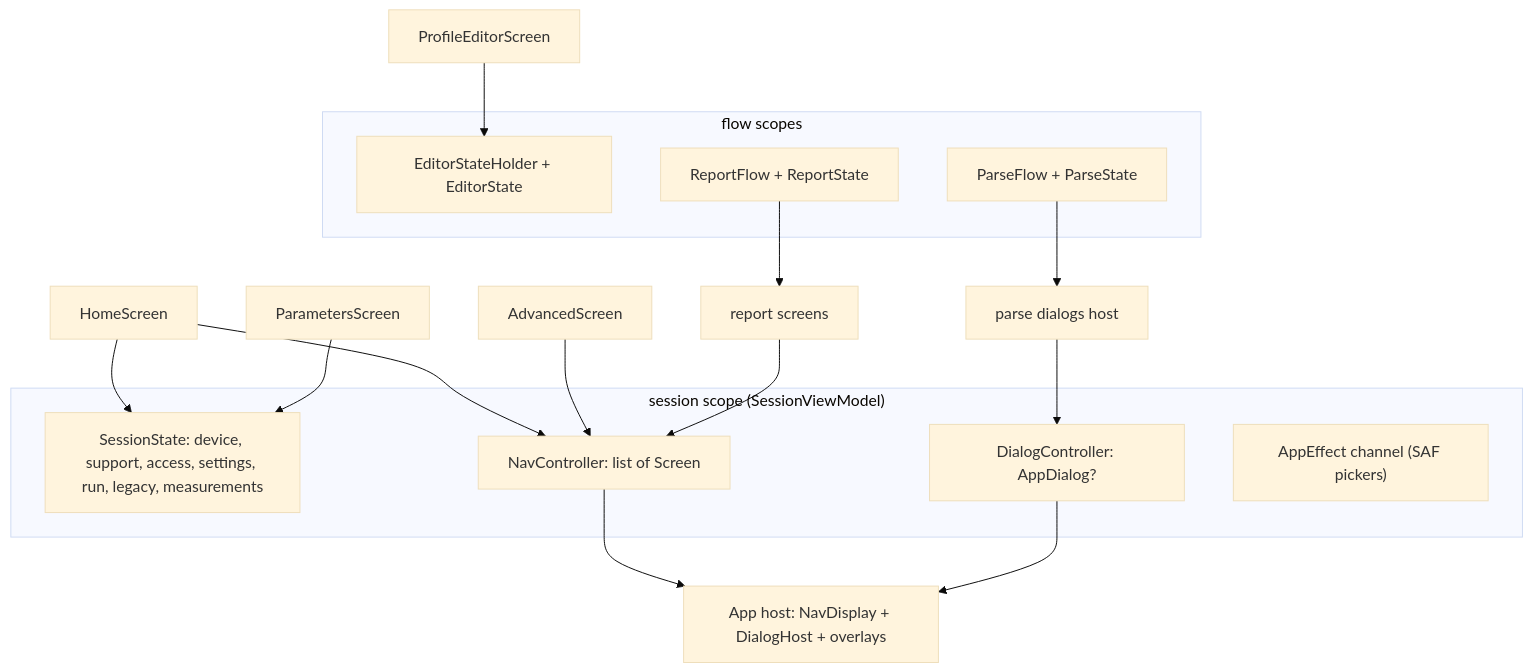
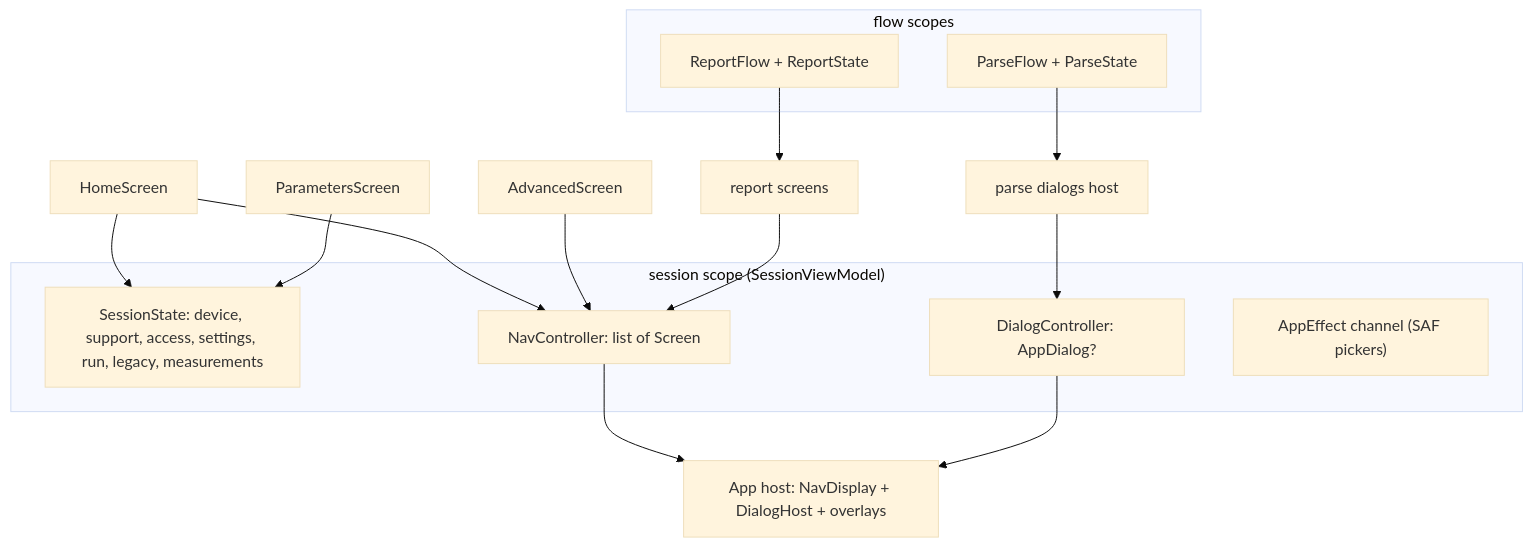
One commit to Haoyu-UT/robust-ghostlock-app changed the first of 2 diagrams in docs/analysis/ui-architecture-refactor-plan.md. Above: the diagram before and after it, drawn with Mermaid (base theme). The commit also changed other lines of this file and 1 other file, not shown here.

First line of the commit message:
docs(ui): delete the profile editor; record the validation report and home decisions

````diff
--- a/docs/analysis/ui-architecture-refactor-plan.md
+++ b/docs/analysis/ui-architecture-refactor-plan.md
@@ -105,23 +110,21 @@
 ```mermaid
 flowchart TB
     subgraph Session["session scope (SessionViewModel)"]
         S["SessionState: device, support, access, settings, run, legacy, measurements"]
         N["NavController: list of Screen"]
         D["DialogController: AppDialog?"]
         E["AppEffect channel (SAF pickers)"]
     end
     subgraph Flows["flow scopes"]
-        ED["EditorStateHolder + EditorState"]
         PA["ParseFlow + ParseState"]
         RE["ReportFlow + ReportState"]
     end
     HOME["HomeScreen"] --> S
     HOME --> N
     PARAM["ParametersScreen"] --> S
     ADV["AdvancedScreen"] --> N
-    EDS["ProfileEditorScreen"] --> ED
     PA --> PAUI["parse dialogs host"] --> D
     RE --> REUI["report screens"] --> N
     N --> HOST["App host: NavDisplay + DialogHost + overlays"]
     D --> HOST
 ```
````
